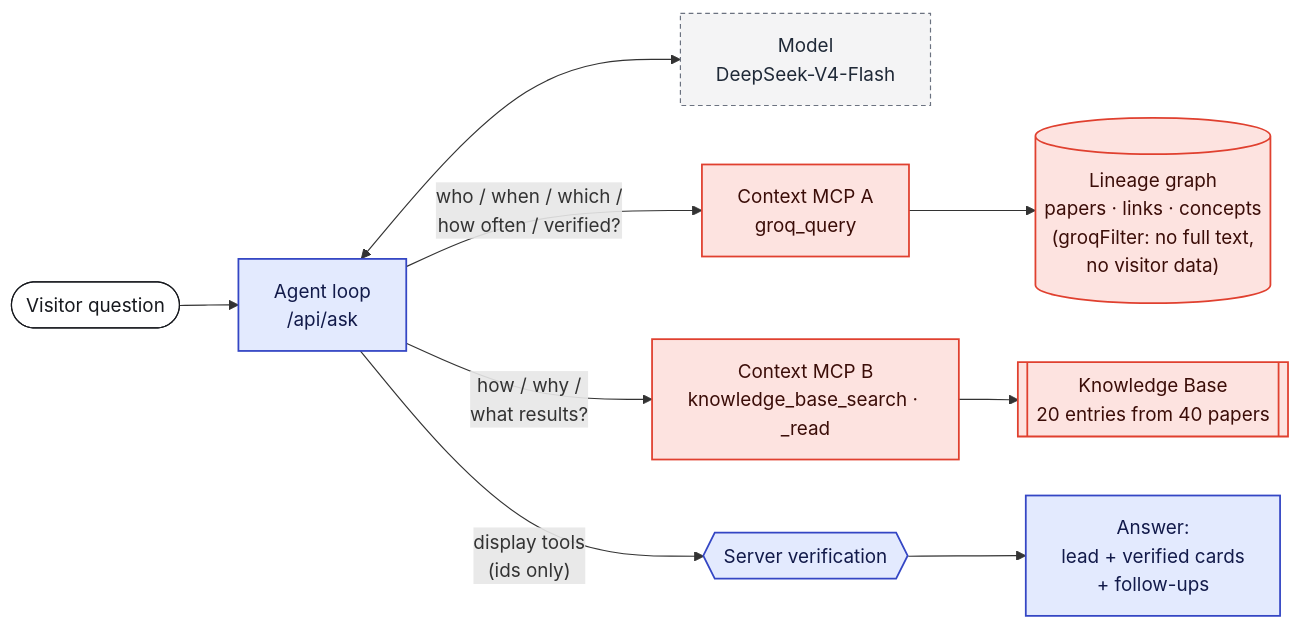
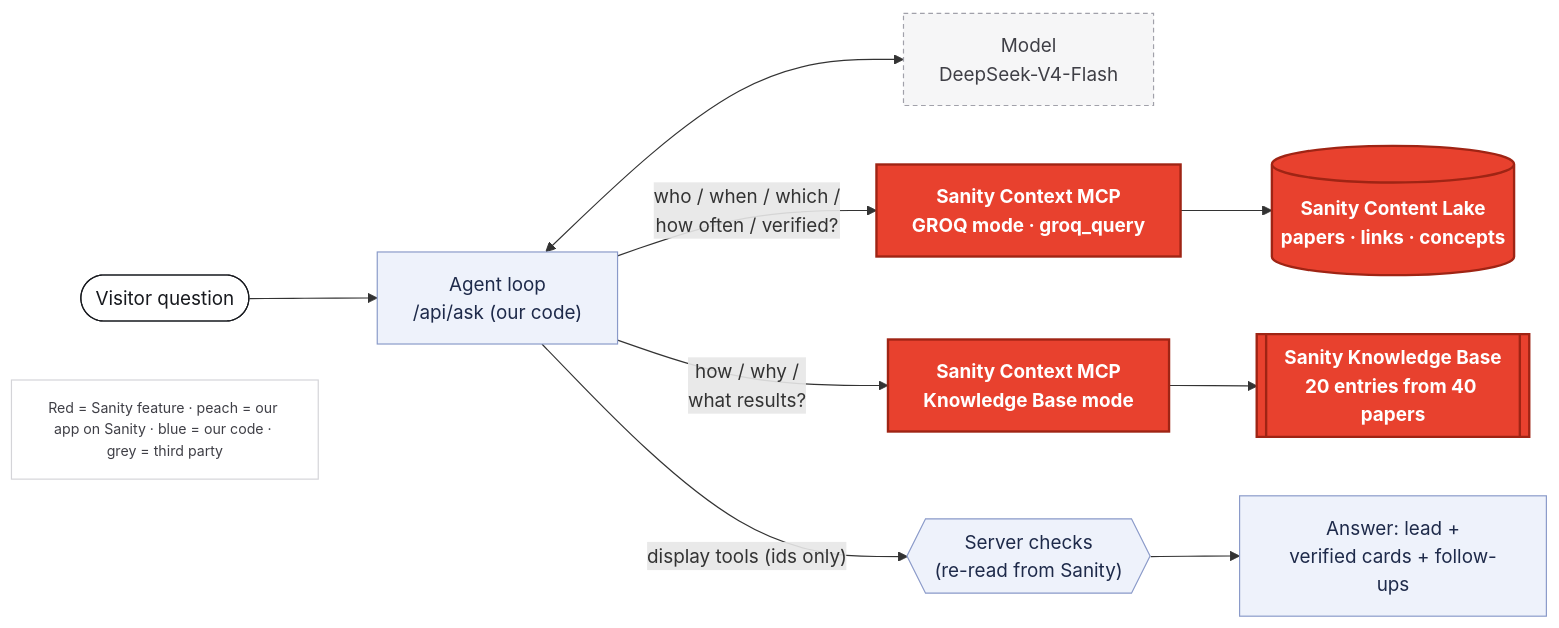
Before and after one commit to akashgoyal/paper-lineage: the diagram in docs/post/diagrams/path1-routing.mmd, drawn with Mermaid. The commit also changed 15 other files, not shown here.

First line of the commit message:
docs(post): diagrams make Sanity unmistakable

```diff
--- a/docs/post/diagrams/path1-routing.mmd
+++ b/docs/post/diagrams/path1-routing.mmd
@@ -1,14 +1,17 @@
 flowchart LR
-  Q([Visitor question]):::person --> AG["Agent loop<br/>/api/ask"]:::ours
+  Q([Visitor question]):::person --> AG["Agent loop<br/>/api/ask (our code)"]:::ours
   AG <--> M["Model<br/>DeepSeek-V4-Flash"]:::third
-  AG -- "who / when / which /<br/>how often / verified?" --> A["Context MCP A<br/>groq_query"]:::sanity
-  A --> G[("Lineage graph<br/>papers · links · concepts<br/>(groqFilter: no full text,<br/>no visitor data)")]:::sanity
-  AG -- "how / why /<br/>what results?" --> B["Context MCP B<br/>knowledge_base_search · _read"]:::sanity
-  B --> KB[["Knowledge Base<br/>20 entries from 40 papers"]]:::sanity
-  AG -- "display tools<br/>(ids only)" --> V{{"Server verification"}}:::ours
-  V --> ANS["Answer:<br/>lead + verified cards<br/>+ follow-ups"]:::ours
-  classDef sanity fill:#FDE3E0,stroke:#E0402F,color:#3B0D08,stroke-width:1.5px
-  classDef onsanity fill:#FFF0D2,stroke:#B45309,color:#3D2302,stroke-width:1.5px
-  classDef ours fill:#E3EAFE,stroke:#3446C4,color:#121A4A,stroke-width:1.5px
-  classDef third fill:#F4F4F5,stroke:#6B7280,color:#1F2937,stroke-dasharray:4 3
+  AG -- "who / when / which /<br/>how often / verified?" --> A["Sanity Context MCP<br/>GROQ mode · groq_query"]:::sanity
+  A --> G[("Sanity Content Lake<br/>papers · links · concepts")]:::sanity
+  AG -- "how / why /<br/>what results?" --> B["Sanity Context MCP<br/>Knowledge Base mode"]:::sanity
+  B --> KB[["Sanity Knowledge Base<br/>20 entries from 40 papers"]]:::sanity
+  AG -- "display tools (ids only)" --> V{{"Server checks<br/>(re-read from Sanity)"}}:::ours
+  V --> ANS["Answer: lead +<br/>verified cards + follow-ups"]:::ours
+  LEG["Red = Sanity feature · peach = our app on Sanity · blue = our code · grey = third party"]:::legend
+  classDef sanity fill:#E8412E,stroke:#9F2414,color:#FFFFFF,stroke-width:2px,font-weight:bold
+  classDef onsanity fill:#FDE3D0,stroke:#E8412E,color:#3D1408,stroke-width:2px
+  classDef ours fill:#EEF2FB,stroke:#8A9AC9,color:#1E2A4A,stroke-width:1px
+  classDef third fill:#F6F6F7,stroke:#A1A1AA,color:#3F3F46,stroke-dasharray:4 3
   classDef person fill:#FFFFFF,stroke:#17191E,color:#17191E
+  classDef warn fill:#FEF3C7,stroke:#A16207,color:#422006,stroke-dasharray:4 3
+  classDef legend fill:#FFFFFF,stroke:#D4D4D8,color:#3F3F46,font-size:12px
```
